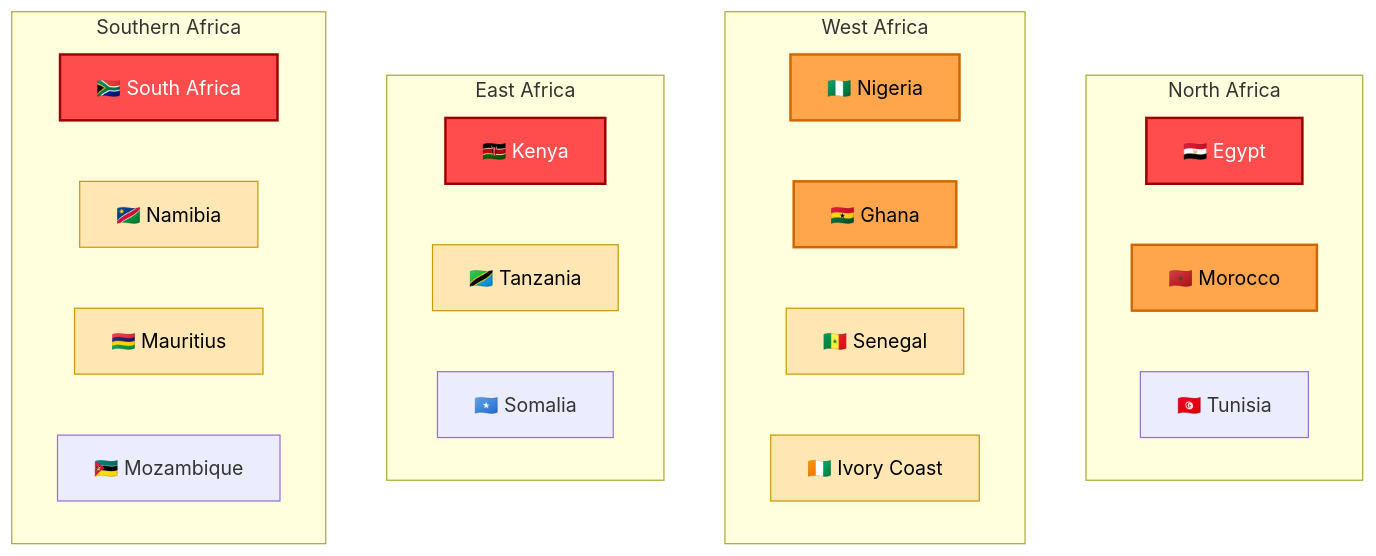
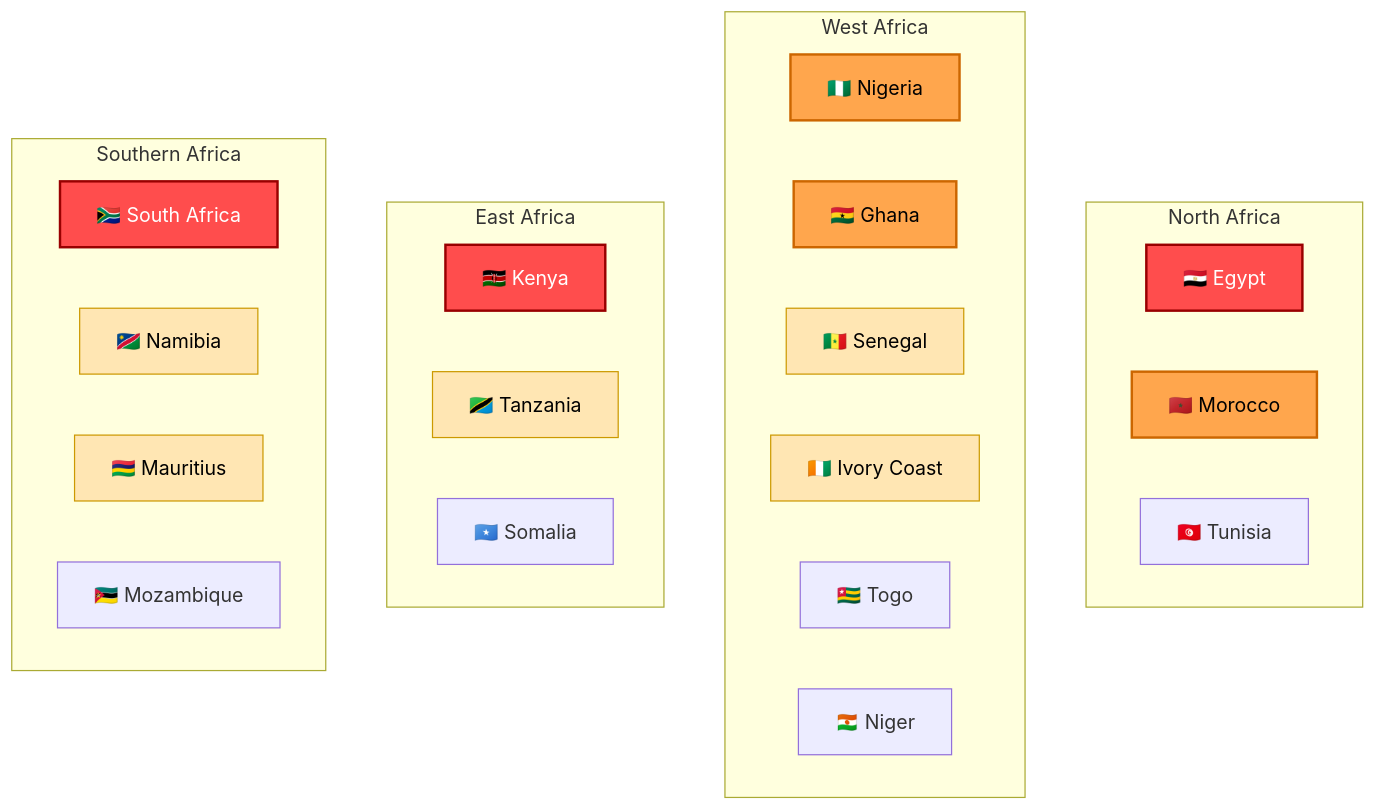
One commit to Hatchepsoute/AFRINTEL changed the second of 2 diagrams in visual-intelligence/README.md. Above: the diagram before and after it, drawn with Mermaid. The commit also changed other lines of this file and 3 other files, not shown here.

````diff
--- a/visual-intelligence/README.md
+++ b/visual-intelligence/README.md
@@ -71,47 +81,49 @@
 ```mermaid
 flowchart TB
 
 classDef high fill:#ff4d4d,color:#ffffff,stroke:#990000,stroke-width:2px;
 classDef medium fill:#ffa64d,color:#000000,stroke:#cc6600,stroke-width:2px;
 classDef low fill:#ffe6b3,color:#000000,stroke:#cc9900,stroke-width:1px;
 
 subgraph North_Africa["North Africa"]
 EG["🇪🇬 Egypt"]
 MA["🇲🇦 Morocco"]
 TN["🇹🇳 Tunisia"]
 end
 
 subgraph West_Africa["West Africa"]
 NG["🇳🇬 Nigeria"]
 GH["🇬🇭 Ghana"]
 SN["🇸🇳 Senegal"]
 CI["🇨🇮 Ivory Coast"]
+TG["🇹🇬 Togo"]
+NE["🇳🇪 Niger"]
 end
 
 subgraph East_Africa["East Africa"]
 KE["🇰🇪 Kenya"]
 TZ["🇹🇿 Tanzania"]
 SO["🇸🇴 Somalia"]
 end
 
 subgraph Southern_Africa["Southern Africa"]
 ZA["🇿🇦 South Africa"]
 NA["🇳🇦 Namibia"]
 MU["🇲🇺 Mauritius"]
 MZ["🇲🇿 Mozambique"]
 end
 
 class ZA high;
 class EG high;
 class KE high;
 
 class NG medium;
 class GH medium;
 class MA medium;
 
 class TZ low;
 class SN low;
 class CI low;
 class NA low;
 class MU low;
 ```
````
